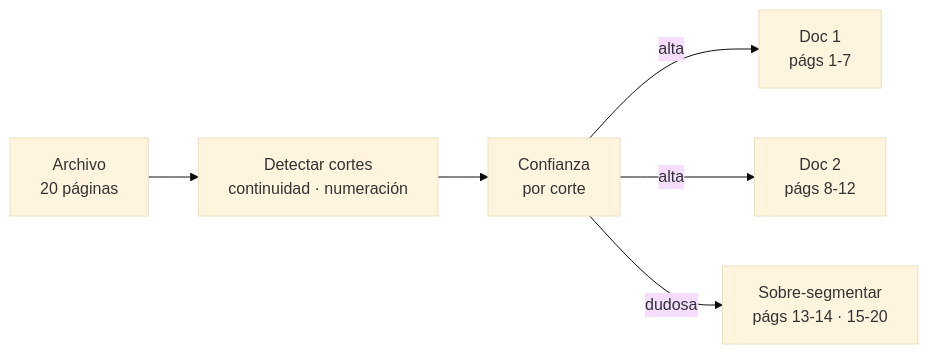
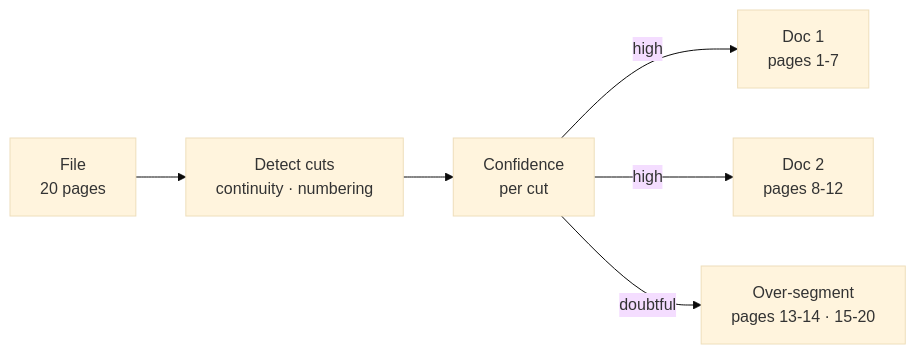
One commit to mariogarcia-ar/docflow changed the third of 15 diagrams in README.md. Above: the diagram before and after it, drawn with Mermaid (base theme). The commit also changed other lines of this file, not shown here.

````diff
--- a/README.md
+++ b/README.md
@@ -129,8 +129,8 @@
 ```mermaid
 graph LR
-    A["Archivo<br/>20 páginas"] --> B["Detectar cortes<br/>continuidad · numeración"]
-    B --> C["Confianza<br/>por corte"]
-    C -->|"alta"| D["Doc 1<br/>págs 1-7"]
-    C -->|"alta"| E["Doc 2<br/>págs 8-12"]
-    C -->|"dudosa"| F["Sobre-segmentar<br/>págs 13-14 · 15-20"]
+    A["File<br/>20 pages"] --> B["Detect cuts<br/>continuity · numbering"]
+    B --> C["Confidence<br/>per cut"]
+    C -->|"high"| D["Doc 1<br/>pages 1-7"]
+    C -->|"high"| E["Doc 2<br/>pages 8-12"]
+    C -->|"doubtful"| F["Over-segment<br/>pages 13-14 · 15-20"]
 ```
````
